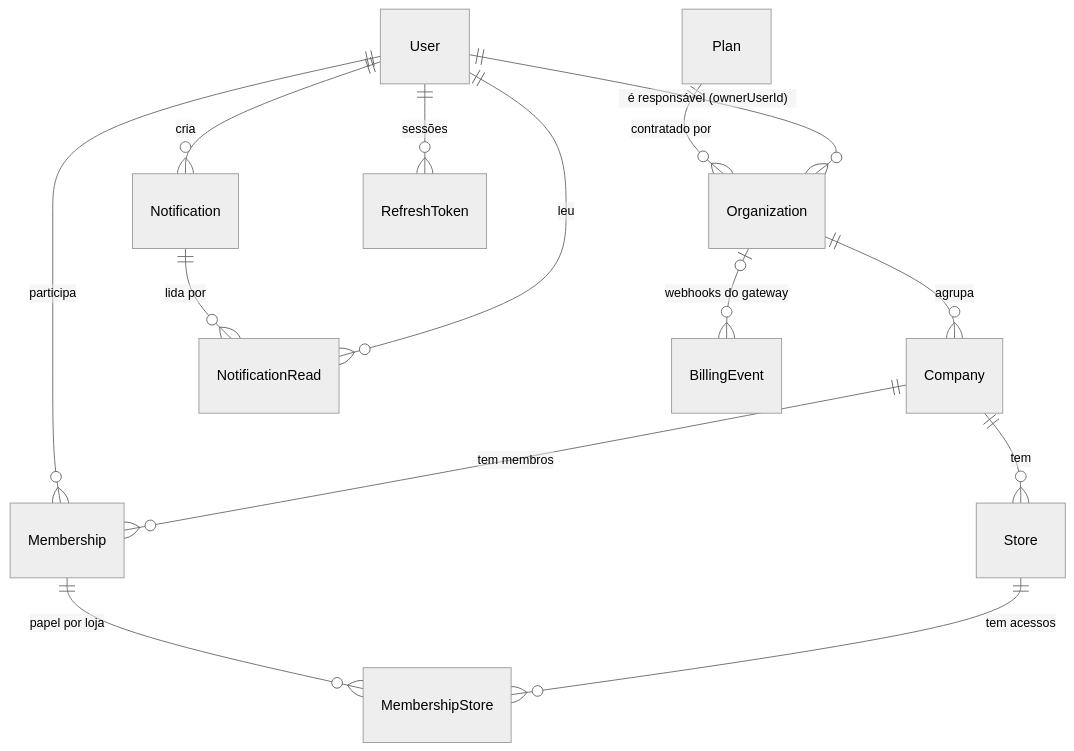
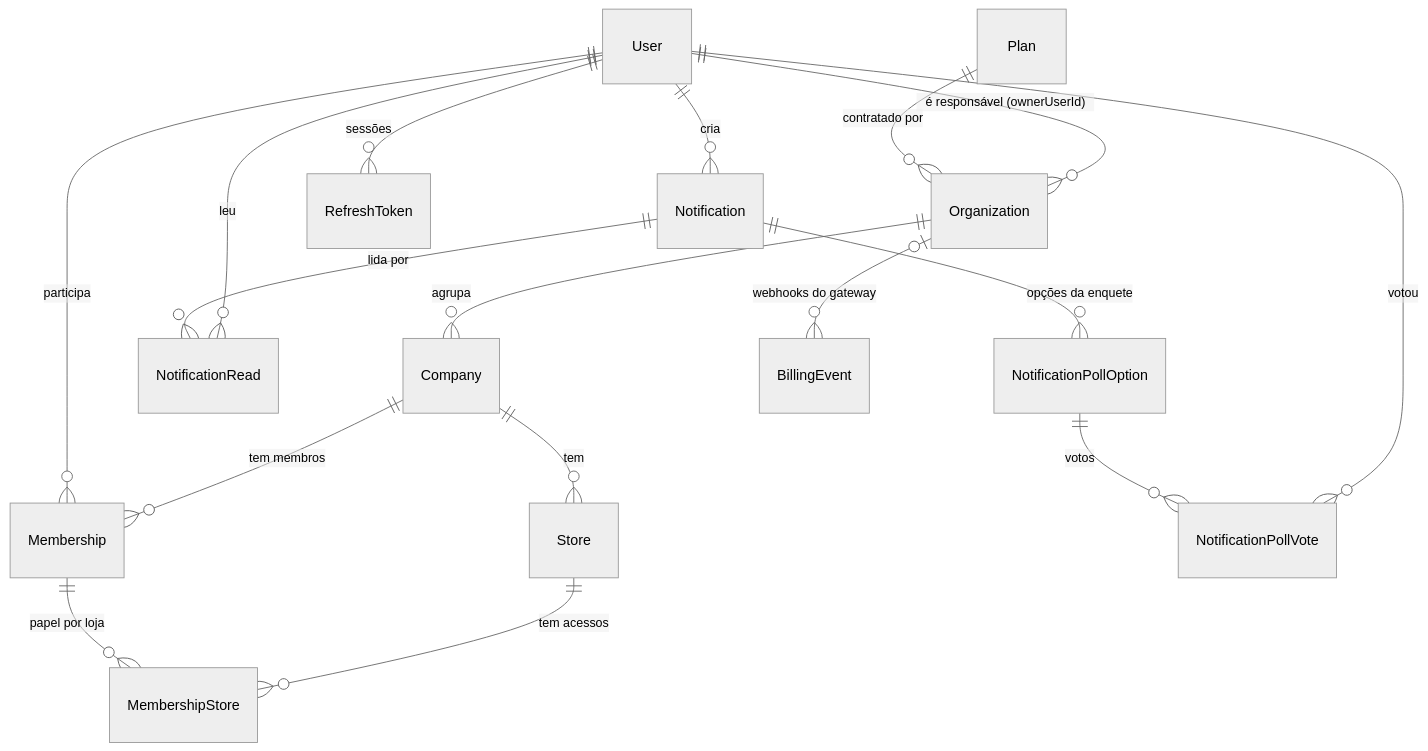
Before and after one commit to caetanocesar35dev/saas_distribuidora: the first of 4 diagrams in docs/BANCO_DE_DADOS.md, drawn with Mermaid (neutral theme). The commit also changed other lines of this file and 41 other files, not shown here.

````diff
--- a/docs/BANCO_DE_DADOS.md
+++ b/docs/BANCO_DE_DADOS.md
@@ -65,16 +65,19 @@
 ```mermaid
 erDiagram
     Plan ||--o{ Organization : "contratado por"
     User ||--o{ Organization : "é responsável (ownerUserId)"
     Organization ||--o{ Company : "agrupa"
     Company ||--o{ Store : "tem"
     User ||--o{ Membership : "participa"
     Company ||--o{ Membership : "tem membros"
     Membership ||--o{ MembershipStore : "papel por loja"
     Store ||--o{ MembershipStore : "tem acessos"
     User ||--o{ Notification : "cria"
     Notification ||--o{ NotificationRead : "lida por"
     User ||--o{ NotificationRead : "leu"
+    Notification ||--o{ NotificationPollOption : "opções da enquete"
+    NotificationPollOption ||--o{ NotificationPollVote : "votos"
+    User ||--o{ NotificationPollVote : "votou"
     User ||--o{ RefreshToken : "sessões"
     Organization |o--o{ BillingEvent : "webhooks do gateway"
 ```
````
